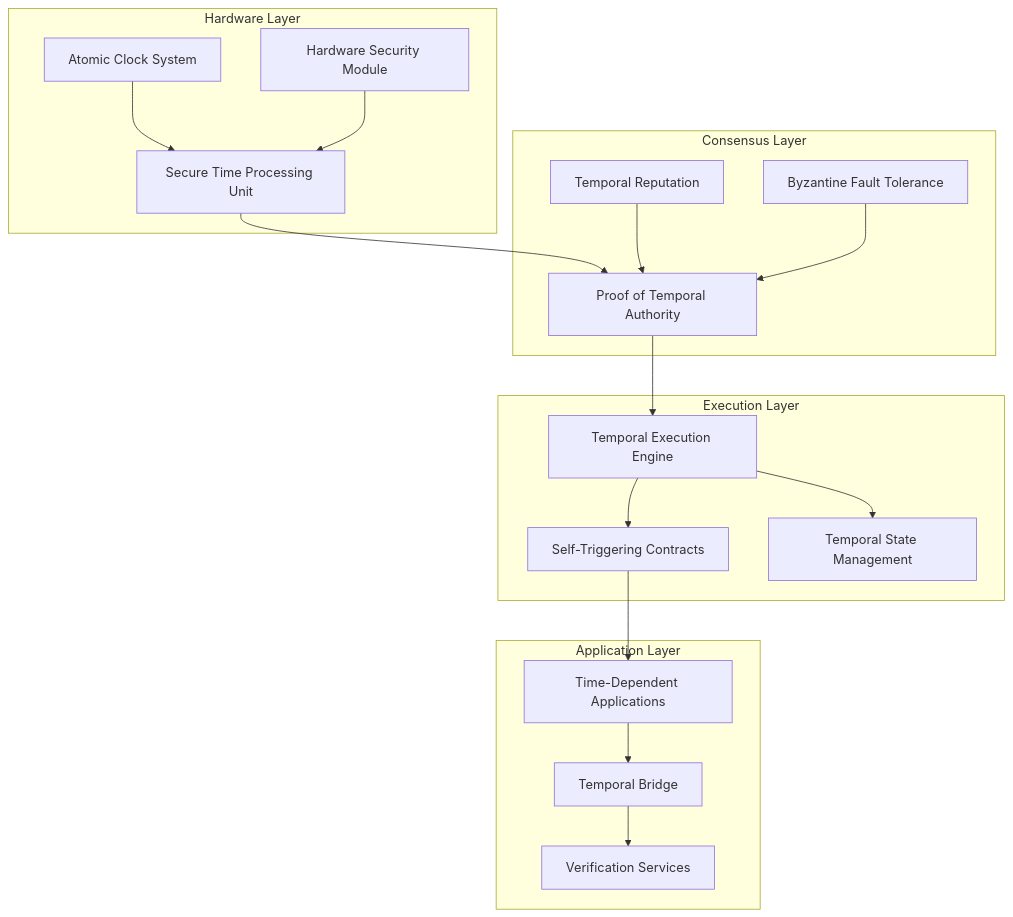
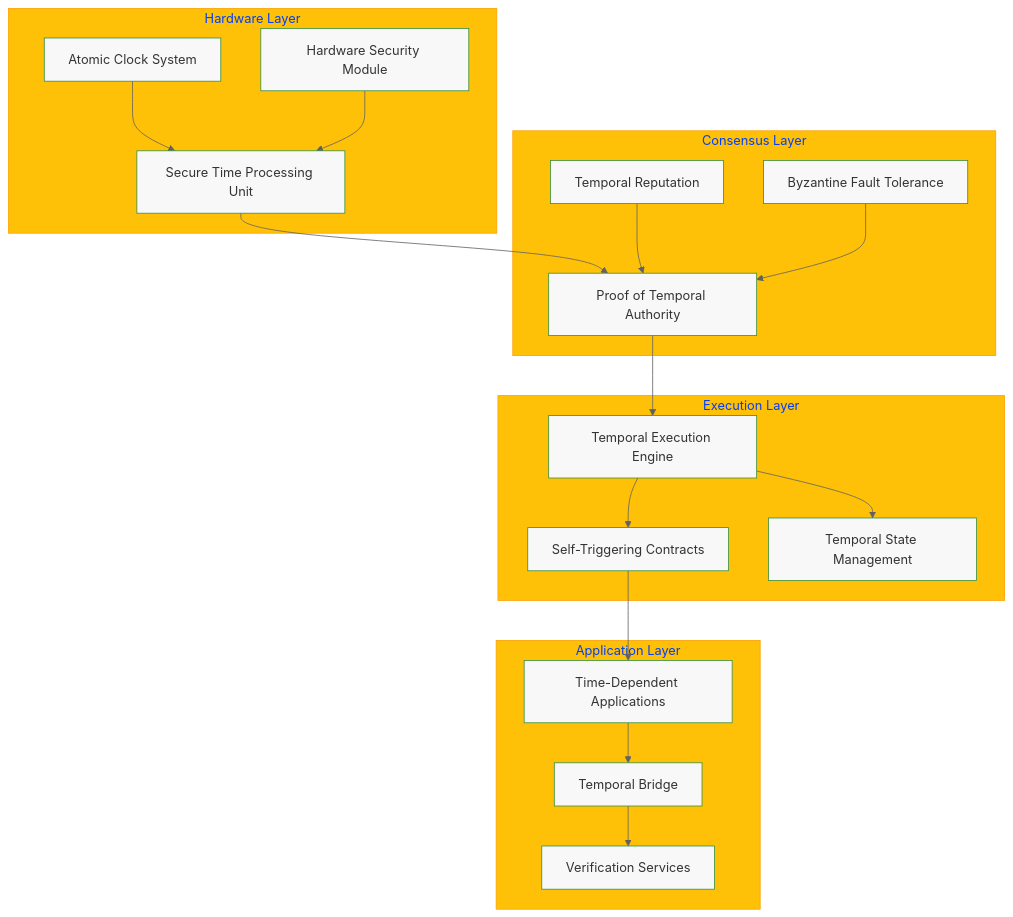
One commit to nshkrdotcom/ChronoLedger changed the diagram in docs/whitepaper.md. Above: the diagram before and after it, drawn with Mermaid. The commit also changed 6 other files, not shown here.

````diff
--- a/docs/whitepaper.md
+++ b/docs/whitepaper.md
@@ -59,38 +59,49 @@
 ```mermaid
+%%{init: {'theme': 'base', 'themeVariables': {
+    'primaryColor': '#4CAF50',
+    'primaryBorderColor': '#388E3C',
+    'secondaryColor': '#2196F3',
+    'secondaryBorderColor': '#1976D2',
+    'tertiaryColor': '#FFC107',
+    'tertiaryBorderColor': '#FFA000',
+    'lineColor': '#616161',
+    'textColor': '#212121',
+    'mainBkg': '#F8F8F8'
+}}}%%
 graph TB
     subgraph "Hardware Layer"
         CSAC[Atomic Clock System]
         STPU[Secure Time Processing Unit]
         HSM[Hardware Security Module]
     end
     
     subgraph "Consensus Layer"
         POTA[Proof of Temporal Authority]
         REP[Temporal Reputation]
         BFT[Byzantine Fault Tolerance]
     end
     
     subgraph "Execution Layer"
         TEE[Temporal Execution Engine]
         CONTRACTS[Self-Triggering Contracts]
         STATE[Temporal State Management]
     end
     
     subgraph "Application Layer"
         APPS[Time-Dependent Applications]
         BRIDGE[Temporal Bridge]
         API[Verification Services]
     end
     
     CSAC --> STPU
     HSM --> STPU
     STPU --> POTA
     REP --> POTA
     BFT --> POTA
     POTA --> TEE
     TEE --> CONTRACTS
     TEE --> STATE
     CONTRACTS --> APPS
     BRIDGE --> API
     APPS --> BRIDGE
 ```
````
